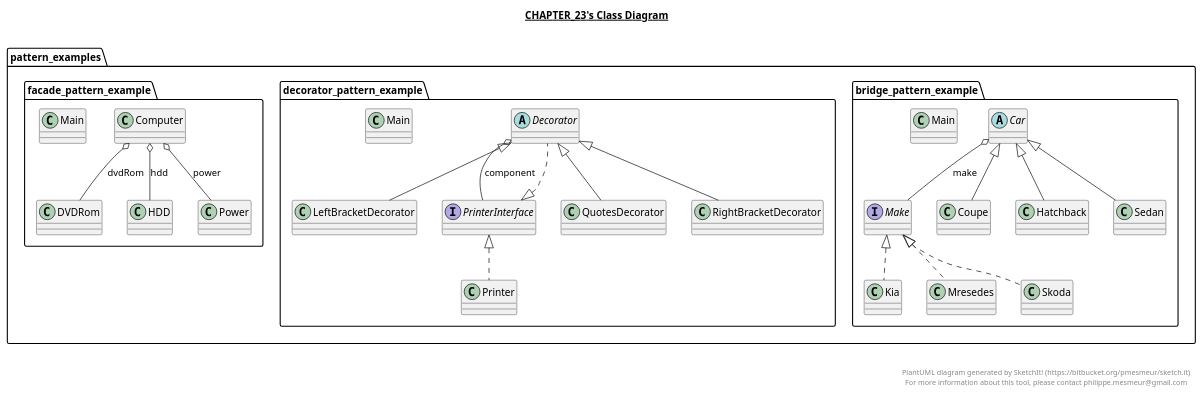
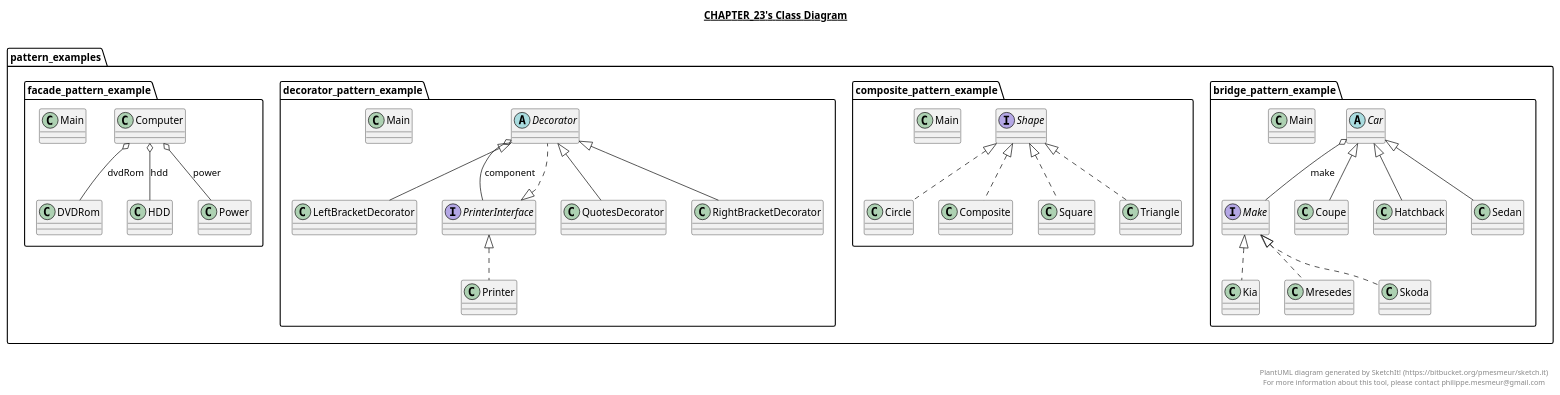
Before and after one commit to ilyasikirytski/Chapter_23: the diagram in Chapter_23.plantuml, drawn with PlantUML. The commit also changed 7 other files, not shown here.

Commit message:
composite_pattern_example

```diff
--- a/Chapter_23.plantuml
+++ b/Chapter_23.plantuml
@@ -1,156 +1,196 @@
 @startuml
 
 title __CHAPTER_23's Class Diagram__\n
 
   namespace pattern_examples.bridge_pattern_example {
     abstract class pattern_examples.bridge_pattern_example.Car {
     }
   }
   
 
   namespace pattern_examples.bridge_pattern_example {
     class pattern_examples.bridge_pattern_example.Coupe {
     }
   }
   
 
   namespace pattern_examples.bridge_pattern_example {
     class pattern_examples.bridge_pattern_example.Hatchback {
     }
   }
   
 
   namespace pattern_examples.bridge_pattern_example {
     class pattern_examples.bridge_pattern_example.Kia {
     }
   }
   
 
   namespace pattern_examples.bridge_pattern_example {
     class pattern_examples.bridge_pattern_example.Main {
     }
   }
   
 
   namespace pattern_examples.bridge_pattern_example {
     interface pattern_examples.bridge_pattern_example.Make {
     }
   }
   
 
   namespace pattern_examples.bridge_pattern_example {
     class pattern_examples.bridge_pattern_example.Mresedes {
     }
   }
   
 
   namespace pattern_examples.bridge_pattern_example {
     class pattern_examples.bridge_pattern_example.Sedan {
     }
   }
   
 
   namespace pattern_examples.bridge_pattern_example {
     class pattern_examples.bridge_pattern_example.Skoda {
+    }
+  }
+  
+
+  namespace pattern_examples.composite_pattern_example {
+    class pattern_examples.composite_pattern_example.Circle {
+    }
+  }
+  
+
+  namespace pattern_examples.composite_pattern_example {
+    class pattern_examples.composite_pattern_example.Composite {
+    }
+  }
+  
+
+  namespace pattern_examples.composite_pattern_example {
+    class pattern_examples.composite_pattern_example.Main {
+    }
+  }
+  
+
+  namespace pattern_examples.composite_pattern_example {
+    interface pattern_examples.composite_pattern_example.Shape {
+    }
+  }
+  
+
+  namespace pattern_examples.composite_pattern_example {
+    class pattern_examples.composite_pattern_example.Square {
+    }
+  }
+  
+
+  namespace pattern_examples.composite_pattern_example {
+    class pattern_examples.composite_pattern_example.Triangle {
     }
   }
   
 
   namespace pattern_examples.decorator_pattern_example {
     abstract class pattern_examples.decorator_pattern_example.Decorator {
     }
   }
   
 
   namespace pattern_examples.decorator_pattern_example {
     class pattern_examples.decorator_pattern_example.LeftBracketDecorator {
     }
   }
   
 
   namespace pattern_examples.decorator_pattern_example {
     class pattern_examples.decorator_pattern_example.Main {
     }
   }
   
 
   namespace pattern_examples.decorator_pattern_example {
     class pattern_examples.decorator_pattern_example.Printer {
     }
   }
   
 
   namespace pattern_examples.decorator_pattern_example {
     interface pattern_examples.decorator_pattern_example.PrinterInterface {
     }
   }
   
 
   namespace pattern_examples.decorator_pattern_example {
     class pattern_examples.decorator_pattern_example.QuotesDecorator {
     }
   }
   
 
   namespace pattern_examples.decorator_pattern_example {
     class pattern_examples.decorator_pattern_example.RightBracketDecorator {
     }
   }
   
 
   namespace pattern_examples.facade_pattern_example {
     class pattern_examples.facade_pattern_example.Computer {
     }
   }
   
 
   namespace pattern_examples.facade_pattern_example {
     class pattern_examples.facade_pattern_example.DVDRom {
     }
   }
   
 
   namespace pattern_examples.facade_pattern_example {
     class pattern_examples.facade_pattern_example.HDD {
     }
   }
   
 
   namespace pattern_examples.facade_pattern_example {
     class pattern_examples.facade_pattern_example.Main {
     }
   }
   
 
   namespace pattern_examples.facade_pattern_example {
     class pattern_examples.facade_pattern_example.Power {
     }
   }
   
 
   pattern_examples.bridge_pattern_example.Car o-- pattern_examples.bridge_pattern_example.Make : make
   pattern_examples.bridge_pattern_example.Coupe -up-|> pattern_examples.bridge_pattern_example.Car
   pattern_examples.bridge_pattern_example.Hatchback -up-|> pattern_examples.bridge_pattern_example.Car
   pattern_examples.bridge_pattern_example.Kia .up.|> pattern_examples.bridge_pattern_example.Make
   pattern_examples.bridge_pattern_example.Mresedes .up.|> pattern_examples.bridge_pattern_example.Make
   pattern_examples.bridge_pattern_example.Sedan -up-|> pattern_examples.bridge_pattern_example.Car
   pattern_examples.bridge_pattern_example.Skoda .up.|> pattern_examples.bridge_pattern_example.Make
+  pattern_examples.composite_pattern_example.Circle .up.|> pattern_examples.composite_pattern_example.Shape
+  pattern_examples.composite_pattern_example.Composite .up.|> pattern_examples.composite_pattern_example.Shape
+  pattern_examples.composite_pattern_example.Square .up.|> pattern_examples.composite_pattern_example.Shape
+  pattern_examples.composite_pattern_example.Triangle .up.|> pattern_examples.composite_pattern_example.Shape
   pattern_examples.decorator_pattern_example.Decorator .up.|> pattern_examples.decorator_pattern_example.PrinterInterface
   pattern_examples.decorator_pattern_example.Decorator o-- pattern_examples.decorator_pattern_example.PrinterInterface : component
   pattern_examples.decorator_pattern_example.LeftBracketDecorator -up-|> pattern_examples.decorator_pattern_example.Decorator
   pattern_examples.decorator_pattern_example.Printer .up.|> pattern_examples.decorator_pattern_example.PrinterInterface
   pattern_examples.decorator_pattern_example.QuotesDecorator -up-|> pattern_examples.decorator_pattern_example.Decorator
   pattern_examples.decorator_pattern_example.RightBracketDecorator -up-|> pattern_examples.decorator_pattern_example.Decorator
   pattern_examples.facade_pattern_example.Computer o-- pattern_examples.facade_pattern_example.DVDRom : dvdRom
   pattern_examples.facade_pattern_example.Computer o-- pattern_examples.facade_pattern_example.HDD : hdd
   pattern_examples.facade_pattern_example.Computer o-- pattern_examples.facade_pattern_example.Power : power
 
 
 right footer
 
 
 PlantUML diagram generated by SketchIt! (https://bitbucket.org/pmesmeur/sketch.it)
 For more information about this tool, please contact philippe.mesmeur@gmail.com
 endfooter
 
 @enduml
```
